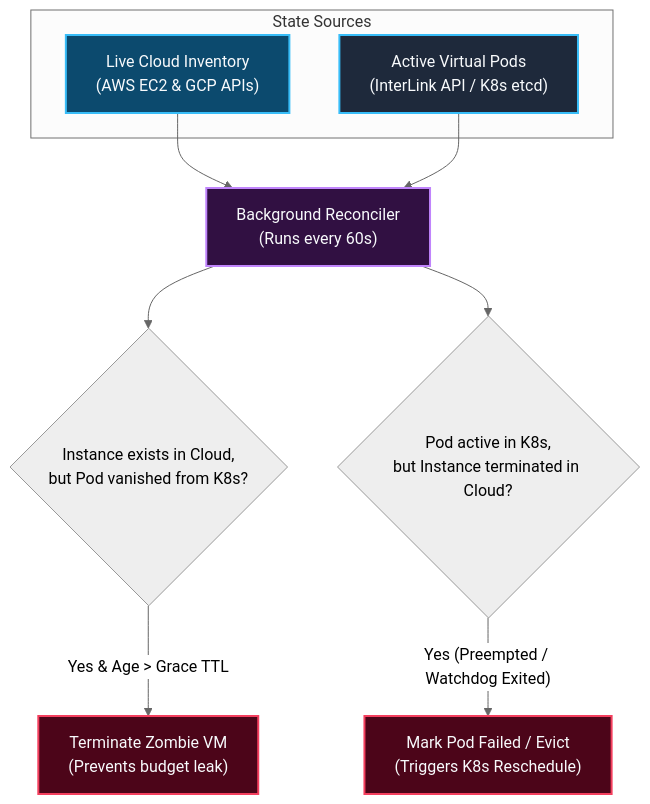
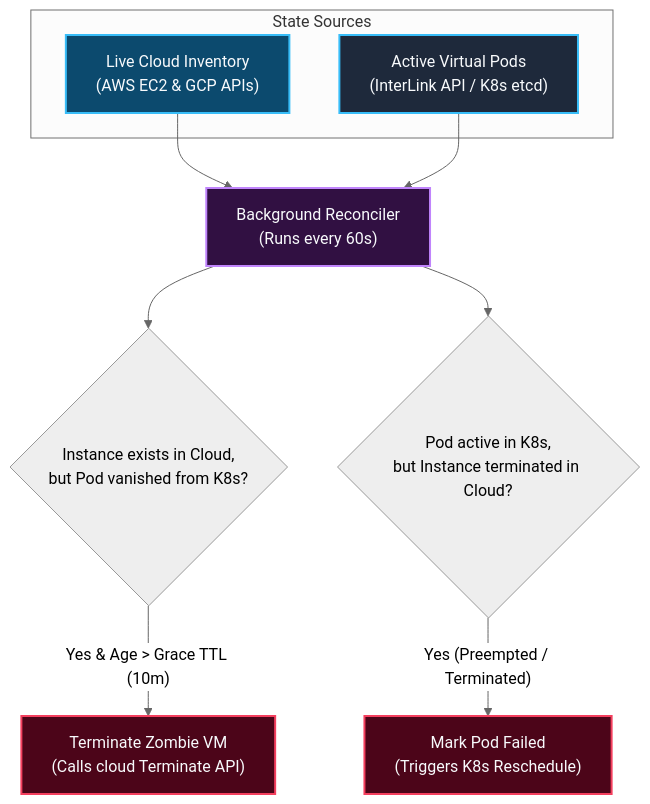
Before and after one commit to simonepri/interlink-cloudvm-plugin: the seventh of 9 diagrams in readme.md, drawn with Mermaid (neutral theme). The commit also changed other lines of this file and 15 other files, not shown here.

Commit message:
refactor: align 1:1 pod VM model, fix fleet token & status reporting, add ticker chart, and polish docs

````diff
--- a/readme.md
+++ b/readme.md
@@ -293,21 +290,28 @@
 ```mermaid
 flowchart TD
     classDef rec fill:#311042,stroke:#C084FC,stroke-width:2px,color:#F8FAFC
     classDef k8s fill:#1E293B,stroke:#38BDF8,stroke-width:2px,color:#F8FAFC
     classDef cloud fill:#0C4A6E,stroke:#38BDF8,stroke-width:2px,color:#F8FAFC
     classDef act fill:#4C0519,stroke:#F43F5E,stroke-width:2px,color:#F8FAFC
 
     subgraph State["State Sources"]
-        CloudInv["Live Cloud Inventory\n(AWS EC2 & GCP APIs)"]:::cloud
-        K8sPods["Active Virtual Pods\n(InterLink API / K8s etcd)"]:::k8s
+        CloudInv["Live Cloud Inventory
+(AWS EC2 & GCP APIs)"]:::cloud
+        K8sPods["Active Virtual Pods
+(InterLink API / K8s etcd)"]:::k8s
     end
 
-    CloudInv --> Reconciler["Background Reconciler\n(Runs every 60s)"]:::rec
+    CloudInv --> Reconciler["Background Reconciler
+(Runs every 60s)"]:::rec
     K8sPods --> Reconciler
 
-    Reconciler --> Check1{"Instance exists in Cloud,\nbut Pod vanished from K8s?"}
-    Check1 -->|"Yes & Age > Grace TTL"| KillZombie["Terminate Zombie VM\n(Prevents budget leak)"]:::act
+    Reconciler --> Check1{"Instance exists in Cloud,
+but Pod vanished from K8s?"}
+    Check1 -->|"Yes & Age > Grace TTL (10m)"| KillZombie["Terminate Zombie VM
+(Calls cloud Terminate API)"]:::act
 
-    Reconciler --> Check2{"Pod active in K8s,\nbut Instance terminated in Cloud?"}
-    Check2 -->|"Yes (Preempted / Watchdog Exited)"| EvictPod["Mark Pod Failed / Evict\n(Triggers K8s Reschedule)"]:::act
+    Reconciler --> Check2{"Pod active in K8s,
+but Instance terminated in Cloud?"}
+    Check2 -->|"Yes (Preempted / Terminated)"| EvictPod["Mark Pod Failed
+(Triggers K8s Reschedule)"]:::act
 ```
````
